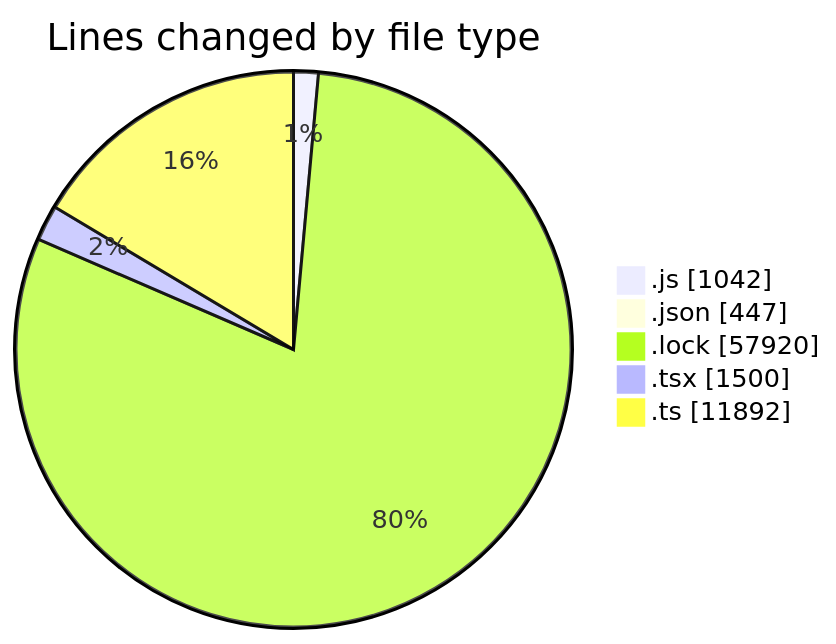
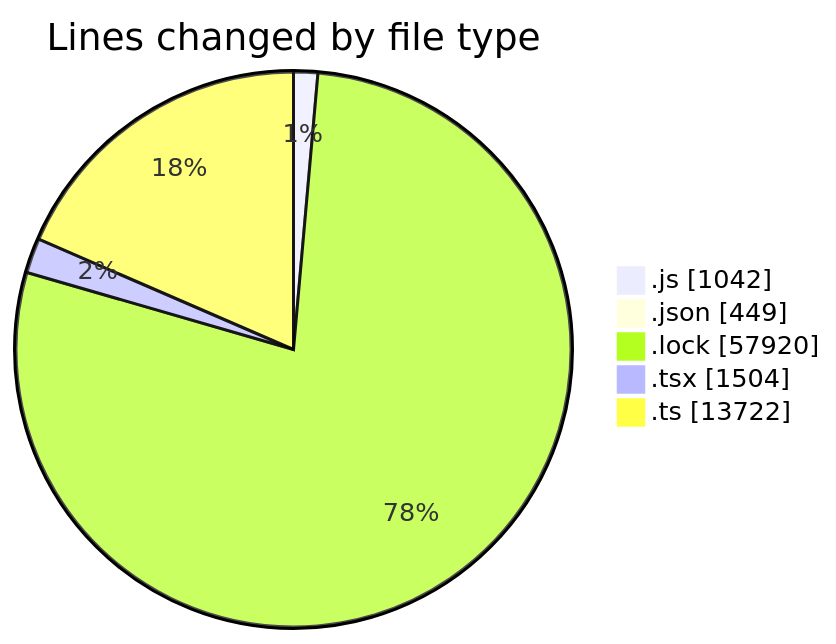
The first of 2 diagrams in 2025-12-18/cda/README.md (momahboobian/code-tracking), drawn with Mermaid before and after one commit. The commit also changed other lines of this file and 1 other file, not shown here.

````diff
--- a/2025-12-18/cda/README.md
+++ b/2025-12-18/cda/README.md
@@ -47,9 +47,9 @@
 ```mermaid
 pie showData
 title Lines changed by file type
 ".js" : 1042
-".json" : 447
+".json" : 449
 ".lock" : 57920
-".tsx" : 1500
-".ts" : 11892
+".tsx" : 1504
+".ts" : 13722
 ```
````
